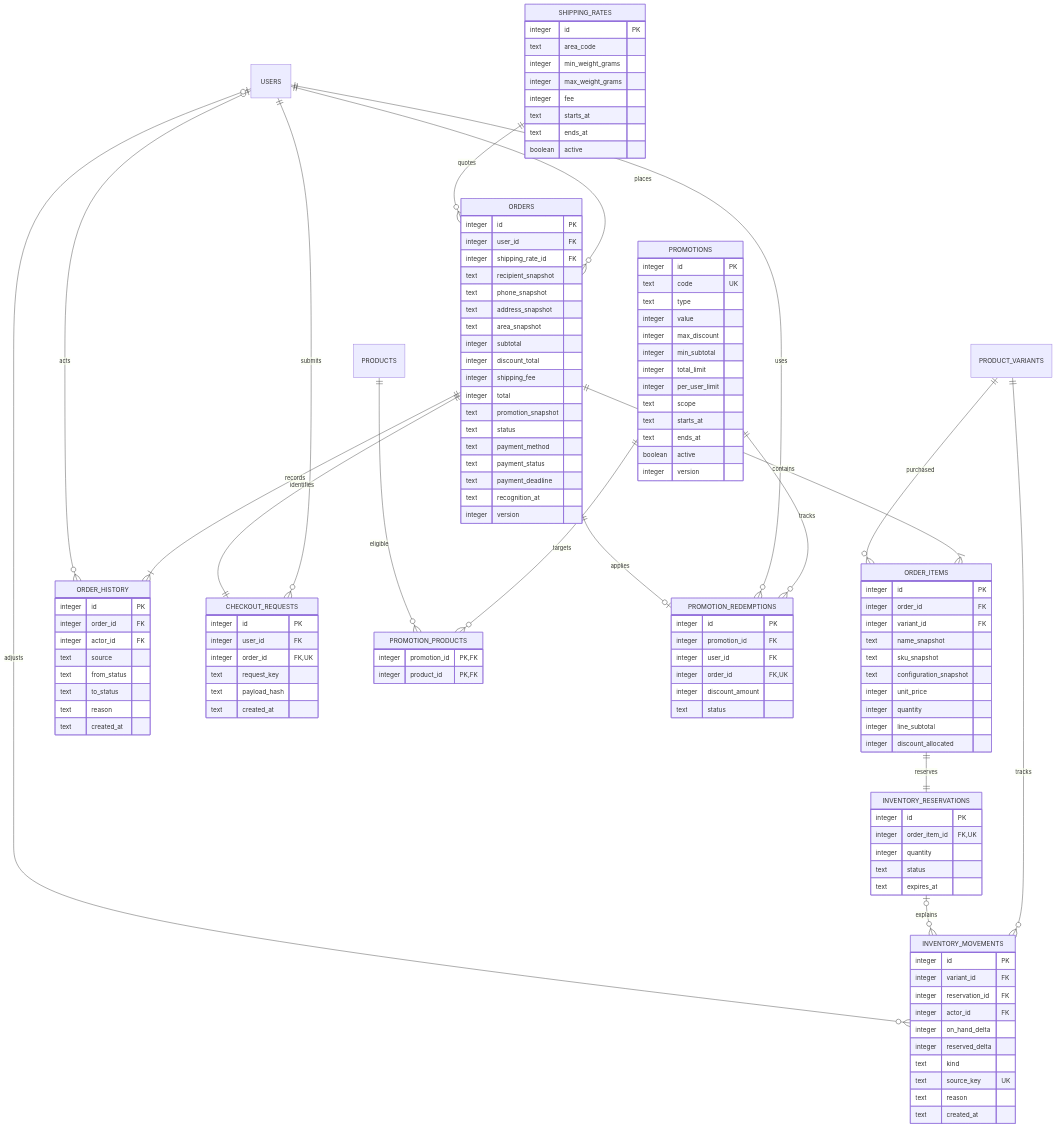
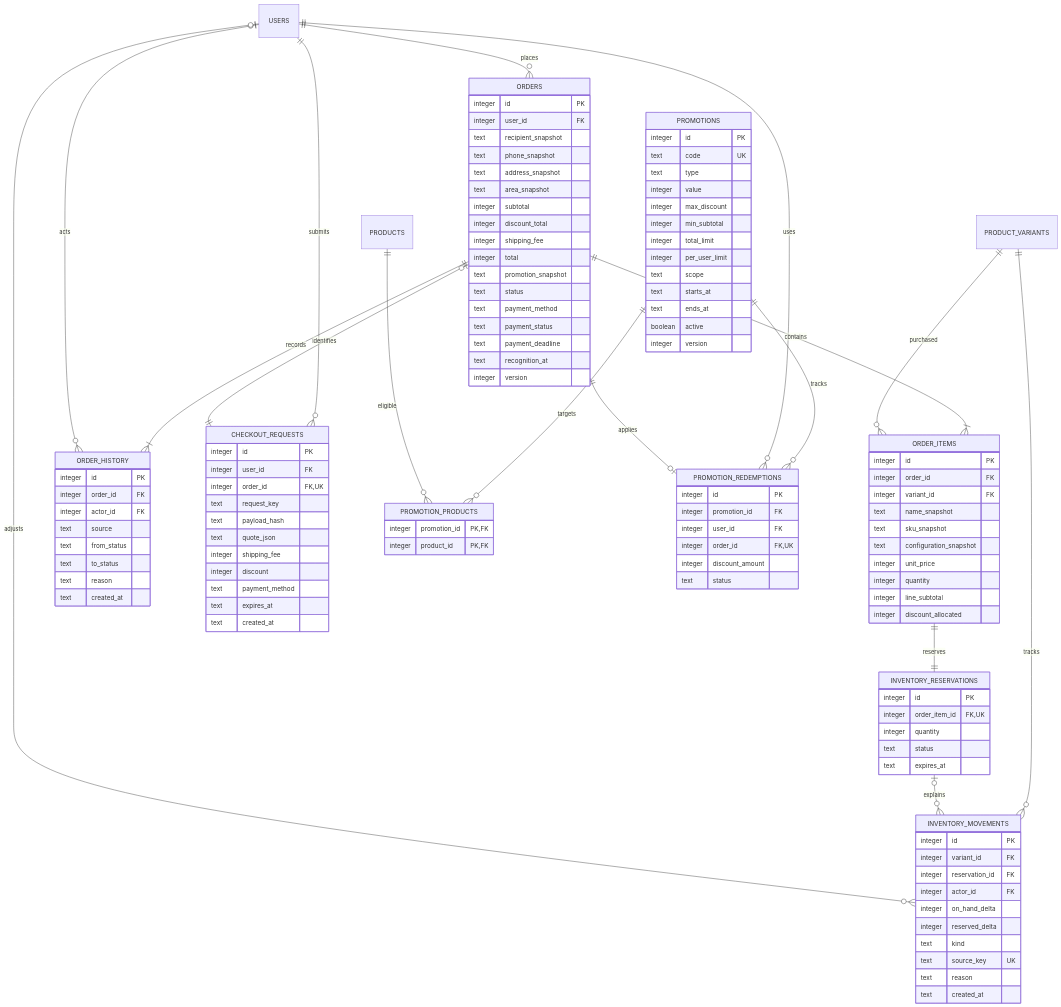
One commit to hungpkaa/x-y-d-ng-web-b-n-h-ng-i-n-t-cho-m-t-c-a-h-ng changed the second of 4 diagrams in docs/07_ERD_VA_TU_DIEN_DU_LIEU.md. Above: the diagram before and after it, drawn with Mermaid. The commit also changed other lines of this file and 134 other files, not shown here.

```diff
--- a/docs/07_ERD_VA_TU_DIEN_DU_LIEU.md
+++ b/docs/07_ERD_VA_TU_DIEN_DU_LIEU.md
@@ -135,8 +176,7 @@
   INVENTORY_RESERVATIONS o|--o{ INVENTORY_MOVEMENTS : explains
   USERS o|--o{ INVENTORY_MOVEMENTS : adjusts
   USERS ||--o{ CHECKOUT_REQUESTS : submits
-  ORDERS ||--|| CHECKOUT_REQUESTS : identifies
-  SHIPPING_RATES ||--o{ ORDERS : quotes
+  ORDERS o|--|| CHECKOUT_REQUESTS : identifies
   PROMOTIONS ||--o{ PROMOTION_PRODUCTS : targets
   PRODUCTS ||--o{ PROMOTION_PRODUCTS : eligible
   PROMOTIONS ||--o{ PROMOTION_REDEMPTIONS : tracks
@@ -145,7 +185,6 @@
   ORDERS {
     integer id PK
     integer user_id FK
-    integer shipping_rate_id FK
     text recipient_snapshot
     text phone_snapshot
     text address_snapshot
@@ -209,17 +248,12 @@
     integer order_id FK,UK
     text request_key
     text payload_hash
+    text quote_json
+    integer shipping_fee
+    integer discount
+    text payment_method
+    text expires_at
     text created_at
-  }
-  SHIPPING_RATES {
-    integer id PK
-    text area_code
-    integer min_weight_grams
-    integer max_weight_grams
-    integer fee
-    text starts_at
-    text ends_at
-    boolean active
   }
   PROMOTIONS {
     integer id PK
```
